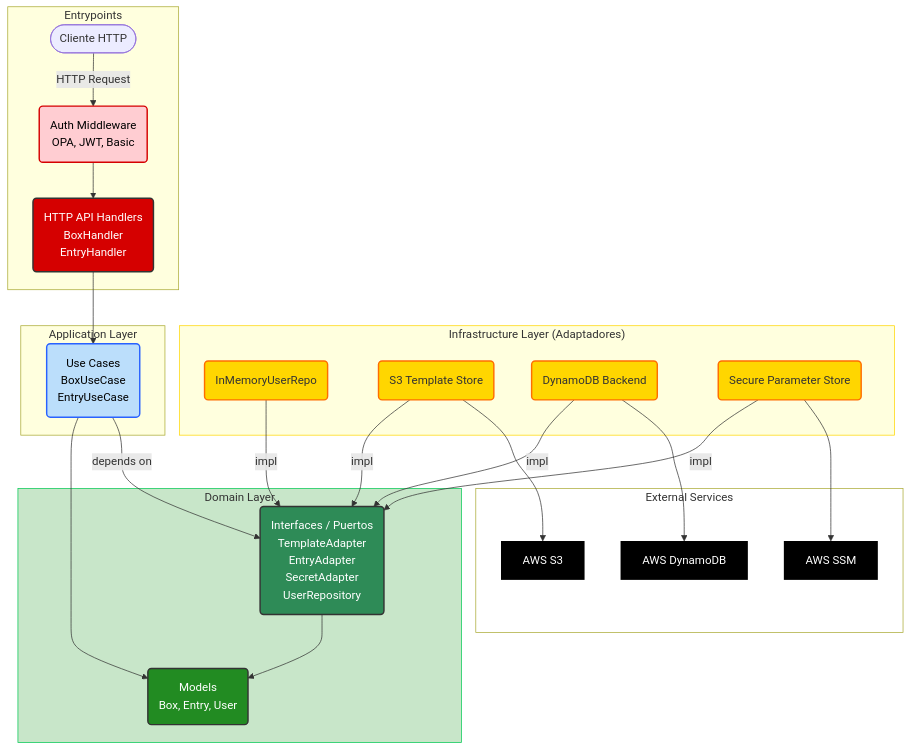
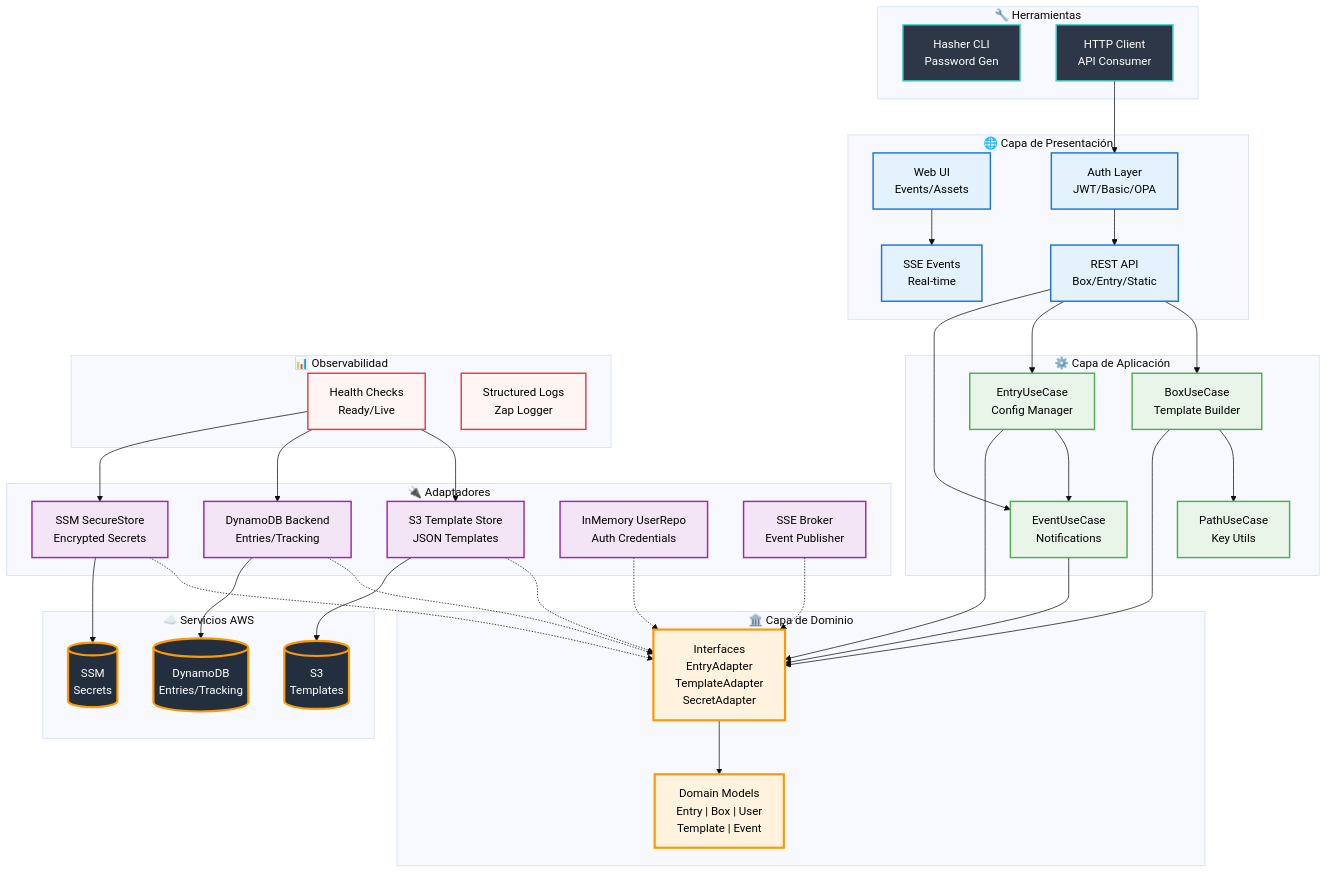
The diagram in README.md (DanielD2G/typed-nbox), drawn with Mermaid before and after one commit.

Commit message:
update diagram

````diff
--- a/README.md
+++ b/README.md
@@ -327,62 +327,111 @@
 ---
 config:
   layout: dagre
+  theme: base
 ---
 flowchart TD
- subgraph subGraph0["External Services"]
-        AWS_S3["AWS S3"]
-        AWS_DynamoDB["AWS DynamoDB"]
-        AWS_SSM["AWS SSM"]
-  end
- subgraph subGraph1["Infrastructure Layer (Adaptadores)"]
-        InMemoryUserRepo("InMemoryUserRepo")
-        S3Adapter("S3 Template Store")
-        DynamoDBAdapter("DynamoDB Backend")
-        SSMAdapter("Secure Parameter Store")
-  end
- subgraph subGraph2["Domain Layer"]
-        DomainModels("Models <br> Box, Entry, User")
-        DomainPorts("Interfaces / Puertos <br> TemplateAdapter <br> EntryAdapter <br> SecretAdapter <br> UserRepository")
-  end
- subgraph subGraph3["Application Layer"]
-        UseCases("Use Cases <br> BoxUseCase <br> EntryUseCase")
-  end
- subgraph subGraph4["Entrypoints"]
-        Client(["Cliente HTTP"])
-        APIHandlers("HTTP API Handlers <br> BoxHandler <br> EntryHandler")
-        Middleware("Auth Middleware <br> OPA, JWT, Basic")
-  end
-    S3Adapter --> AWS_S3
-    DynamoDBAdapter --> AWS_DynamoDB
-    SSMAdapter --> AWS_SSM
-    Client -- HTTP Request --> Middleware
-    Middleware --> APIHandlers
-    APIHandlers --> UseCases
-    UseCases -- depends on --> DomainPorts
-    S3Adapter -- impl --> DomainPorts
-    DynamoDBAdapter -- impl --> DomainPorts
-    SSMAdapter -- impl --> DomainPorts
-    InMemoryUserRepo -- impl --> DomainPorts
-    UseCases --> DomainModels
-    DomainPorts  --> DomainModels
-    AWS_S3@{ shape: rect}
-    AWS_DynamoDB@{ shape: rect}
-    AWS_SSM@{ shape: rect}
-     AWS_S3:::aws
-     AWS_DynamoDB:::aws
-     AWS_SSM:::aws
-    classDef aws fill:#000000, stroke:transparent, stroke-width:4px, color:#fff, stroke-dasharray: 5
-    style AWS_S3 fill:#000000
-    style InMemoryUserRepo fill:#FFD600,stroke:#FF6D00,stroke-width:2px,color:none
-    style S3Adapter fill:#FFD600,stroke:#FF6D00,stroke-width:2px
-    style DynamoDBAdapter fill:#FFD600,stroke:#FF6D00,stroke-width:2px
-    style SSMAdapter fill:#FFD600,stroke:#FF6D00,stroke-width:2px
-    style DomainModels fill:#228B22,stroke:#333,stroke-width:2px,color:#fff
-    style DomainPorts fill:#2E8B57,stroke:#333,stroke-width:2px,color:#fff
-    style UseCases fill:#BBDEFB,stroke:#2962FF,stroke-width:2px,color:#000000
-    style APIHandlers fill:#D50000,stroke:#333,stroke-width:2px,color:#fff
-    style Middleware fill:#FFCDD2,stroke:#D50000,stroke-width:2px,color:#000000
-    style subGraph2 stroke:#00C853,fill:#C8E6C9
-    style subGraph0 fill:transparent
-    style subGraph1 stroke:#FFD600
+    %% External Services
+    subgraph EXT["☁️ Servicios AWS"]
+        S3[("S3<br/>Templates")]
+        DDB[("DynamoDB<br/>Entries/Tracking")]
+        SSM[("SSM<br/>Secrets")]
+    end
+
+    %% Clients
+    subgraph CLI["🔧 Herramientas"]
+        HASHER["Hasher CLI<br/>Password Gen"]
+        CLIENT["HTTP Client<br/>API Consumer"]
+    end
+
+    %% Presentation Layer
+    subgraph PRES["🌐 Capa de Presentación"]
+        WEBUI["Web UI<br/>Events/Assets"]
+        AUTH["Auth Layer<br/>JWT/Basic/OPA"]
+        API["REST API<br/>Box/Entry/Static"]
+        SSE["SSE Events<br/>Real-time"]
+    end
+
+    %% Application Layer
+    subgraph APP["⚙️ Capa de Aplicación"]
+        BOXUC["BoxUseCase<br/>Template Builder"]
+        ENTRYUC["EntryUseCase<br/>Config Manager"]
+        PATHUC["PathUseCase<br/>Key Utils"]
+        EVENTUC["EventUseCase<br/>Notifications"]
+    end
+
+    %% Domain Layer
+    subgraph DOM["🏛️ Capa de Dominio"]
+        MODELS["Domain Models<br/>Entry | Box | User<br/>Template | Event"]
+        PORTS["Interfaces<br/>EntryAdapter<br/>TemplateAdapter<br/>SecretAdapter"]
+    end
+
+    %% Infrastructure Layer
+    subgraph INFRA["🔌 Adaptadores"]
+        S3ADAPTER["S3 Template Store<br/>JSON Templates"]
+        DDBADAPTER["DynamoDB Backend<br/>Entries/Tracking"]
+        SSMADAPTER["SSM SecureStore<br/>Encrypted Secrets"]
+        MEMORY["InMemory UserRepo<br/>Auth Credentials"]
+        SSEADAPTER["SSE Broker<br/>Event Publisher"]
+    end
+
+    %% Health & Monitoring
+    subgraph HEALTH["📊 Observabilidad"]
+        STATUS["Health Checks<br/>Ready/Live"]
+        LOGS["Structured Logs<br/>Zap Logger"]
+    end
+
+    %% Connections - External
+    CLIENT --> AUTH
+    WEBUI --> SSE
+    
+    %% Connections - Flow
+    AUTH --> API
+    API --> BOXUC
+    API --> ENTRYUC
+    API --> EVENTUC
+    
+    BOXUC --> PATHUC
+    ENTRYUC --> EVENTUC
+    
+    %% Use Cases to Ports
+    BOXUC --> PORTS
+    ENTRYUC --> PORTS
+    EVENTUC --> PORTS
+    
+    %% Ports to Models
+    PORTS --> MODELS
+    
+    %% Adapters to Ports
+    S3ADAPTER -.-> PORTS
+    DDBADAPTER -.-> PORTS
+    SSMADAPTER -.-> PORTS
+    MEMORY -.-> PORTS
+    SSEADAPTER -.-> PORTS
+    
+    %% Infrastructure to External
+    S3ADAPTER --> S3
+    DDBADAPTER --> DDB
+    SSMADAPTER --> SSM
+    
+    %% Health Connections
+    STATUS --> S3ADAPTER
+    STATUS --> DDBADAPTER
+    STATUS --> SSMADAPTER
+
+    %% Styling
+    classDef external fill:#232F3E,stroke:#FF9900,stroke-width:3px,color:#fff
+    classDef cli fill:#2D3748,stroke:#4FD1C7,stroke-width:2px,color:#fff
+    classDef presentation fill:#E3F2FD,stroke:#1976D2,stroke-width:2px,color:#000
+    classDef application fill:#E8F5E8,stroke:#4CAF50,stroke-width:2px,color:#000
+    classDef domain fill:#FFF3E0,stroke:#FF9800,stroke-width:3px,color:#000
+    classDef infrastructure fill:#F3E5F5,stroke:#9C27B0,stroke-width:2px,color:#000
+    classDef health fill:#FFF5F5,stroke:#E53E3E,stroke-width:2px,color:#000
+
+    class S3,DDB,SSM external
+    class HASHER,CLIENT cli
+    class WEBUI,AUTH,API,SSE presentation
+    class BOXUC,ENTRYUC,PATHUC,EVENTUC application
+    class MODELS,PORTS domain
+    class S3ADAPTER,DDBADAPTER,SSMADAPTER,MEMORY,SSEADAPTER infrastructure
+    class STATUS,LOGS health
 ```
````
